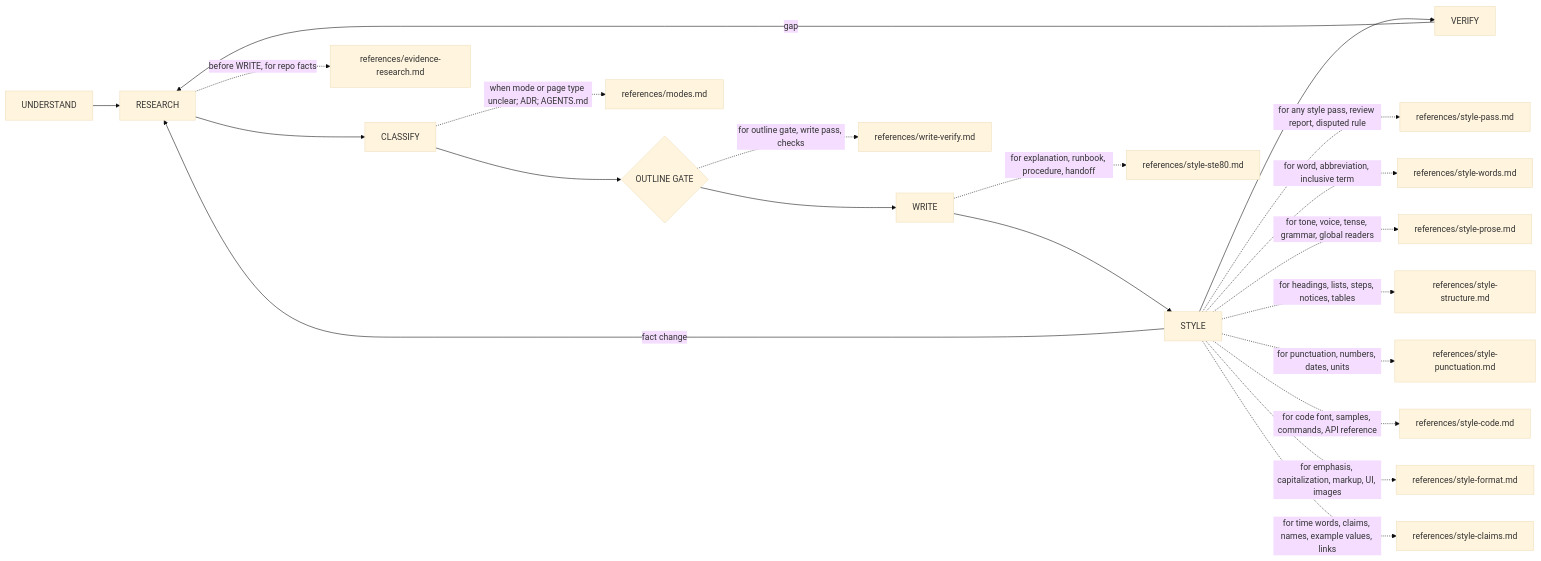
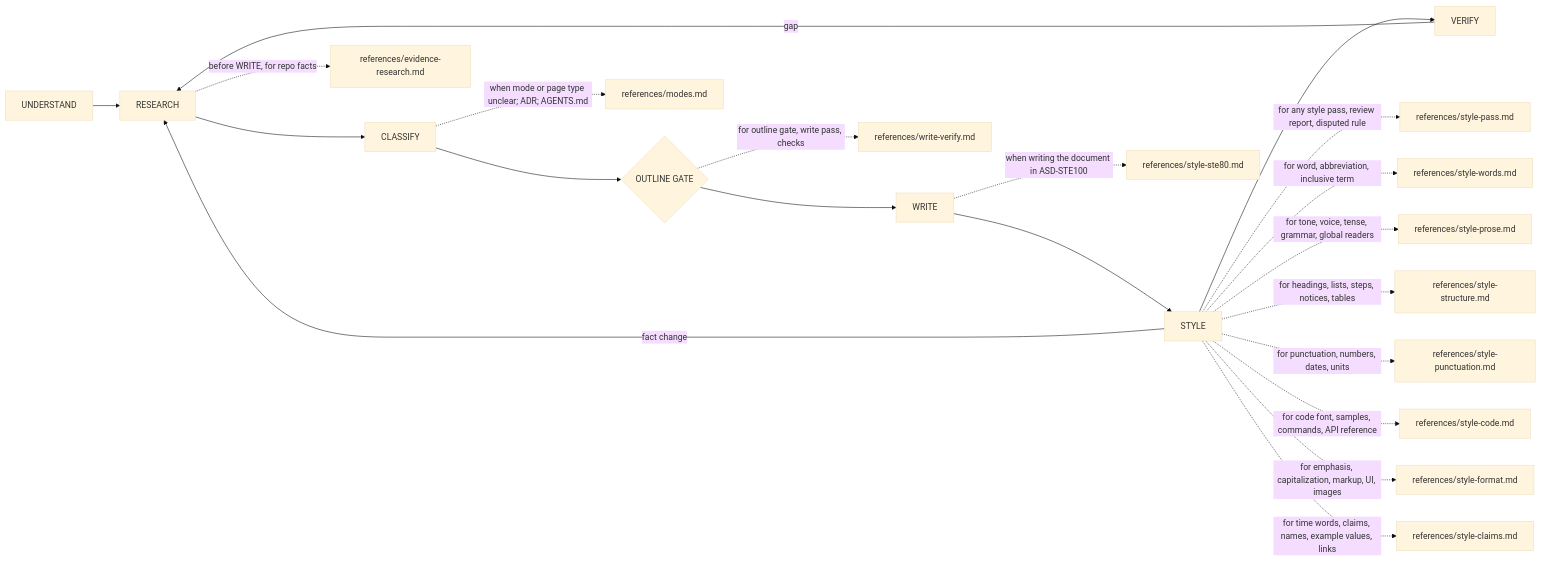
One commit to bgauryy/octocode changed the diagram in skills/octocode-documentation/SKILL.md. Above: the diagram before and after it, drawn with Mermaid (base theme). The commit also changed other lines of this file and 402 other files, not shown here.

````diff
--- a/skills/octocode-documentation/SKILL.md
+++ b/skills/octocode-documentation/SKILL.md
@@ -12,19 +12,19 @@
 ```mermaid
 flowchart LR
   U[UNDERSTAND] --> R[RESEARCH] --> C[CLASSIFY] --> G{OUTLINE GATE}
   G --> W[WRITE] --> S[STYLE] --> V[VERIFY]
   S -->|fact change| R
   V -->|gap| R
   R -. "before WRITE, for repo facts" .-> E["references/evidence-research.md"]
   C -. "when mode or page type unclear; ADR; AGENTS.md" .-> M["references/modes.md"]
   G -. "for outline gate, write pass, checks" .-> WV["references/write-verify.md"]
-  W -. "for explanation, runbook, procedure, handoff" .-> STE["references/style-ste80.md"]
+  W -. "when writing the document in ASD-STE100" .-> STE["references/style-ste80.md"]
   S -. "for any style pass, review report, disputed rule" .-> SP["references/style-pass.md"]
   S -. "for word, abbreviation, inclusive term" .-> SW["references/style-words.md"]
   S -. "for tone, voice, tense, grammar, global readers" .-> SR["references/style-prose.md"]
   S -. "for headings, lists, steps, notices, tables" .-> SS["references/style-structure.md"]
   S -. "for punctuation, numbers, dates, units" .-> SU["references/style-punctuation.md"]
   S -. "for code font, samples, commands, API reference" .-> SC["references/style-code.md"]
   S -. "for emphasis, capitalization, markup, UI, images" .-> SF["references/style-format.md"]
   S -. "for time words, claims, names, example values, links" .-> SL["references/style-claims.md"]
 ```
````
